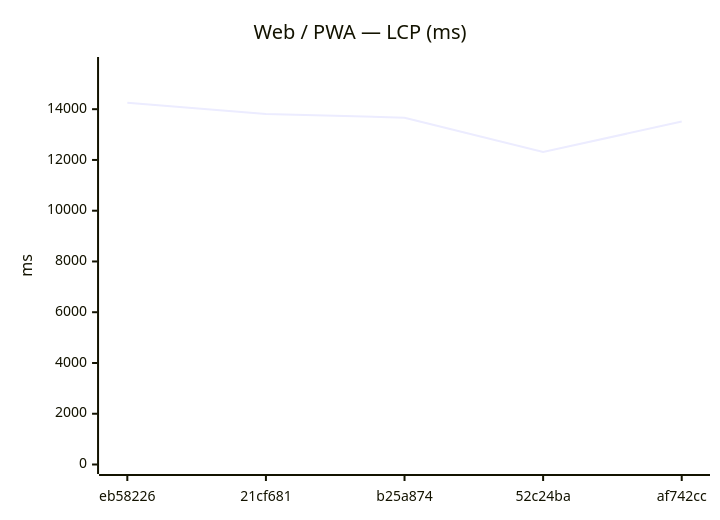
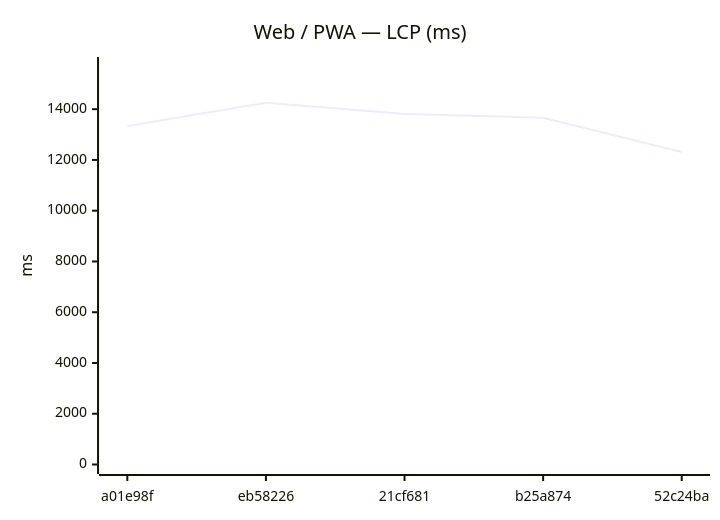
The seventh of 18 diagrams in benchmarks/compare.md (Metaheurist/Rianell), drawn with Mermaid before and after one commit. The commit also changed other lines of this file and 11 other files, not shown here.

````diff
--- a/benchmarks/compare.md
+++ b/benchmarks/compare.md
@@ -117,7 +117,7 @@
 ```mermaid
 xychart-beta
     title "Web / PWA — LCP (ms)"
-    x-axis ["eb58226", "21cf681", "b25a874", "52c24ba", "af742cc"]
+    x-axis ["a01e98f", "eb58226", "21cf681", "b25a874", "52c24ba"]
     y-axis "ms" 0 --> 15682
-    line [14256, 13811, 13665, 12311, 13514]
+    line [13339, 14256, 13811, 13665, 12311]
 ```
````
